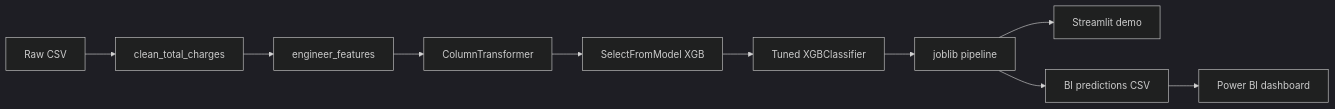
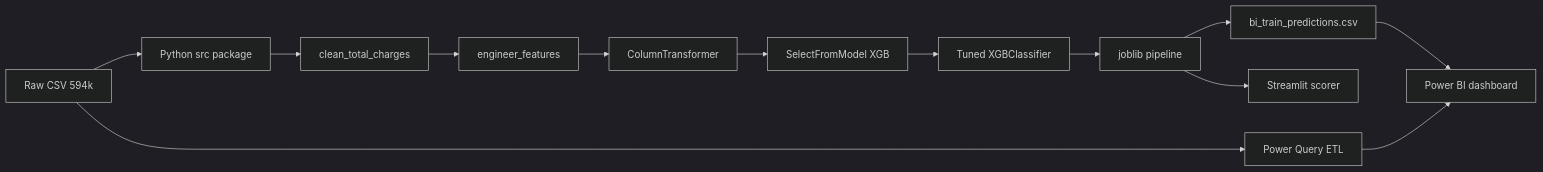
Before and after one commit to Rickylam0303/enterprise-customer-churn: the diagram in README.md, drawn with Mermaid (dark theme). The commit also changed other lines of this file and 4 other files, not shown here.

````diff
--- a/README.md
+++ b/README.md
@@ -50,12 +40,15 @@
 ```mermaid
 flowchart LR
-  raw[Raw CSV] --> clean[clean_total_charges]
+  raw[Raw CSV 594k] --> pq[Power Query ETL]
+  raw --> py[Python src package]
+  py --> clean[clean_total_charges]
   clean --> eng[engineer_features]
   eng --> prep[ColumnTransformer]
   prep --> select[SelectFromModel XGB]
   select --> clf[Tuned XGBClassifier]
   clf --> artifact[joblib pipeline]
-  artifact --> app[Streamlit demo]
-  artifact --> export[BI predictions CSV]
-  export --> pbi[Power BI dashboard]
+  artifact --> streamlit[Streamlit scorer]
+  artifact --> csv[bi_train_predictions.csv]
+  csv --> pbi[Power BI dashboard]
+  pq --> pbi
 ```
````
